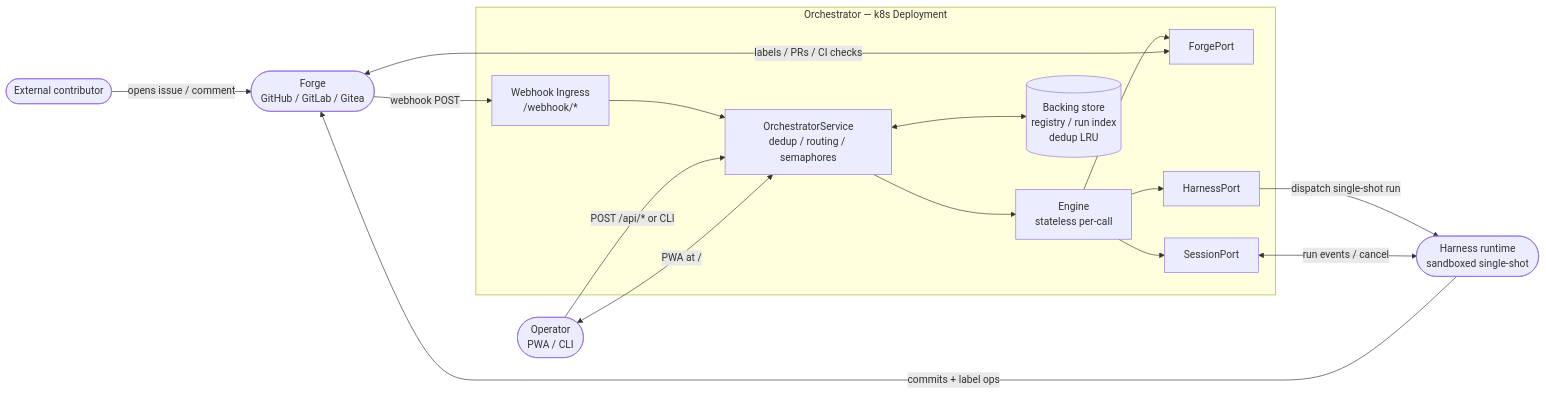
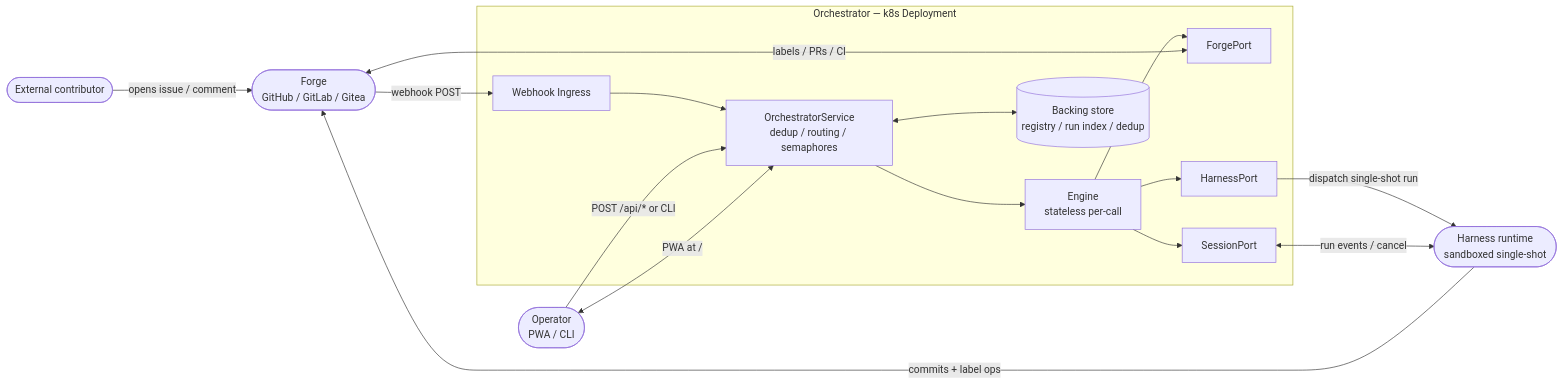
One commit to tuckermclean/orchestrator changed the second of 2 diagrams in ARCHITECTURE.md. Above: the diagram before and after it, drawn with Mermaid. The commit also changed other lines of this file and 18 other files, not shown here.

````diff
--- a/ARCHITECTURE.md
+++ b/ARCHITECTURE.md
@@ -542,32 +397,32 @@
 ```mermaid
 flowchart LR
     contributor([External contributor])
     forge([Forge\nGitHub / GitLab / Gitea])
     harness([Harness runtime\nsandboxed single-shot])
     operator([Operator\nPWA / CLI])
 
-    subgraph orchestrator [Orchestrator — k8s Deployment]
-        ingress[Webhook Ingress\n/webhook/*]
+    subgraph orch [Orchestrator — k8s Deployment]
+        ingress[Webhook Ingress]
         svc[OrchestratorService\ndedup / routing / semaphores]
         engine[Engine\nstateless per-call]
-        forge_port[ForgePort]
-        harness_port[HarnessPort]
-        session_port[SessionPort]
-        db[(Backing store\nregistry / run index\ndedup LRU)]
+        fp[ForgePort]
+        hp[HarnessPort]
+        sp[SessionPort]
+        db[(Backing store\nregistry / run index / dedup)]
     end
 
     contributor -->|opens issue / comment| forge
     forge -->|webhook POST| ingress
     ingress --> svc
     svc <--> db
     svc --> engine
-    engine --> forge_port
-    engine --> harness_port
-    engine --> session_port
-    forge_port <-->|labels / PRs / CI checks| forge
-    harness_port -->|dispatch single-shot run| harness
+    engine --> fp
+    engine --> hp
+    engine --> sp
+    fp <-->|labels / PRs / CI| forge
+    hp -->|dispatch single-shot run| harness
     harness -->|commits + label ops| forge
-    session_port <-->|run events / cancel| harness
+    sp <-->|run events / cancel| harness
     operator -->|POST /api/* or CLI| svc
     operator <-->|PWA at /| svc
 ```
````
